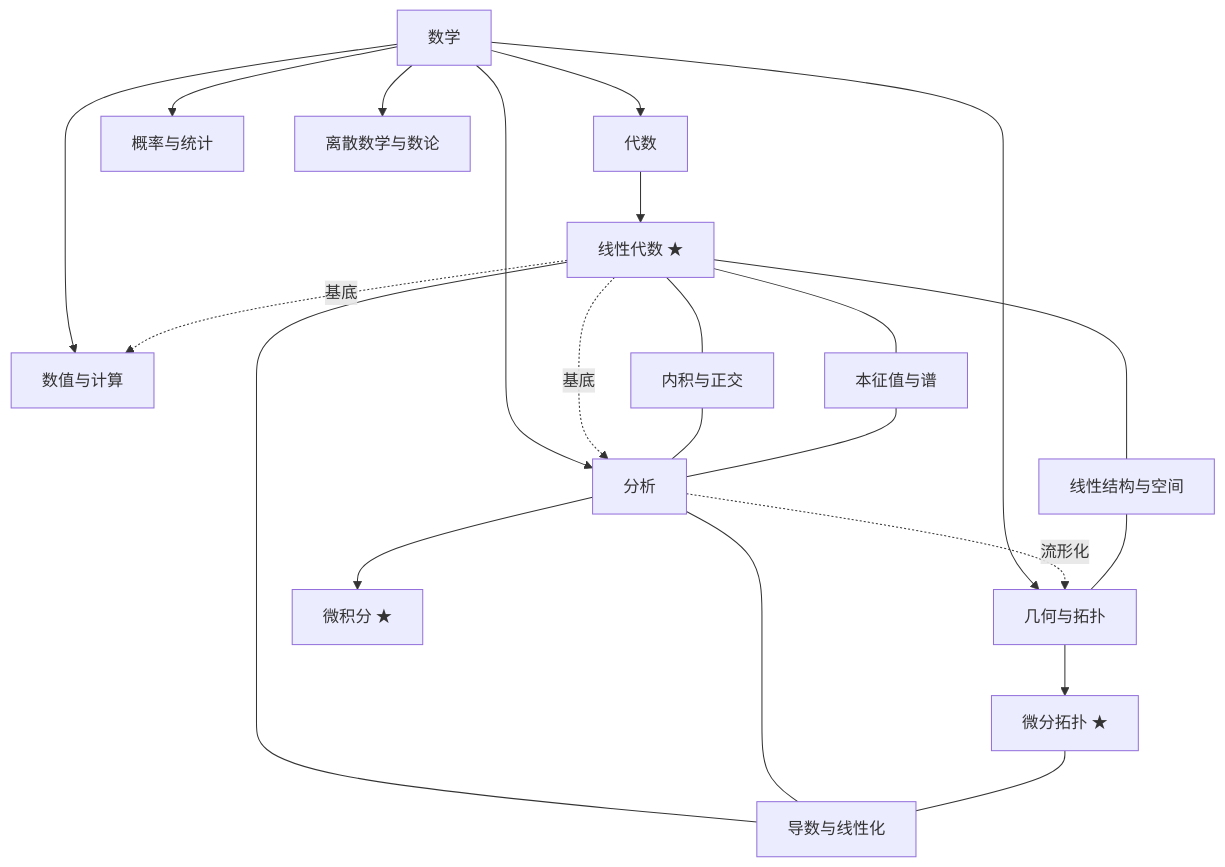
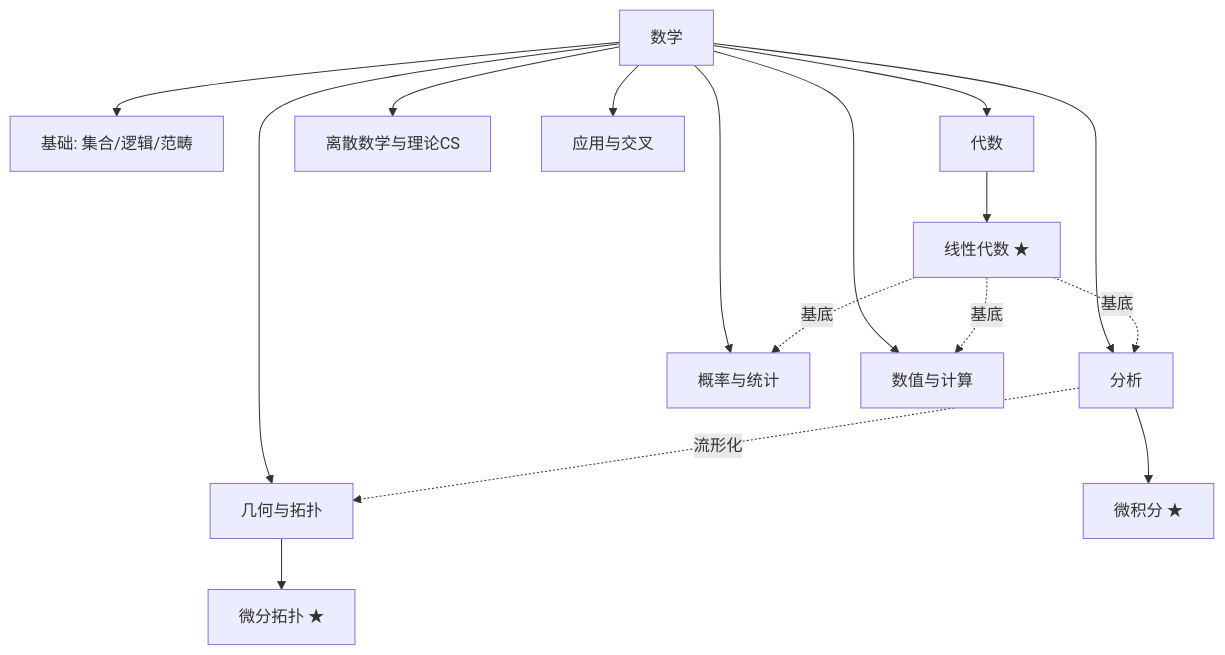
The diagram in 数学大地图.md (lyp0746/lyp-notes), drawn with Mermaid before and after one commit. The commit also changed other lines of this file and 6 other files, not shown here.

Commit message:
收录《数学学习方法论》对话（raw+提炼）；数学大地图升级为五视角（分支/历史/方法母题/层次/应用），Canvas 同步

````diff
--- a/数学大地图.md
+++ b/数学大地图.md
@@ -22,21 +29,18 @@
 ```mermaid
 graph TD
-  M[数学] --> A[代数]
+  M[数学] --> F[基础: 集合/逻辑/范畴]
+  M --> A[代数]
   M --> AN[分析]
   M --> G[几何与拓扑]
   M --> P[概率与统计]
-  M --> D[离散数学与数论]
+  M --> D[离散数学与理论CS]
   M --> N[数值与计算]
+  M --> AP[应用与交叉]
   A --> LA[线性代数 ★]
   AN --> CA[微积分 ★]
   G --> DT[微分拓扑 ★]
   LA -. 基底 .-> AN
   LA -. 基底 .-> N
+  LA -. 基底 .-> P
   AN -. 流形化 .-> G
-  LA --- B1[导数与线性化]
-  AN --- B1
-  DT --- B1
-  LA --- B2[线性结构与空间] --- G
-  LA --- B3[内积与正交] --- AN
-  LA --- B4[本征值与谱] --- AN
 ```
````
